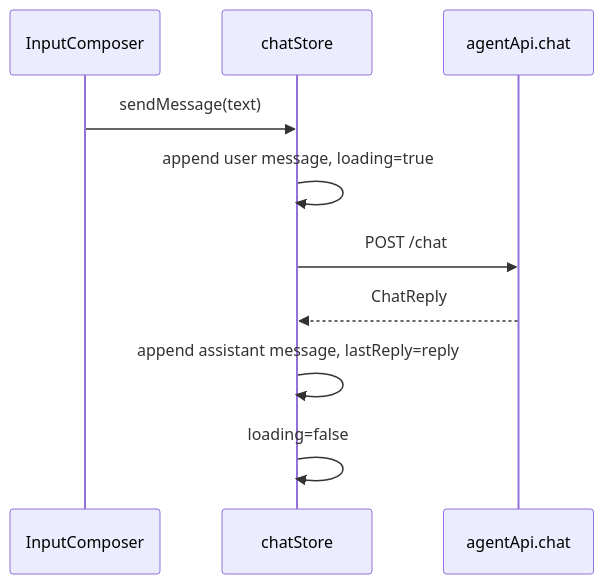
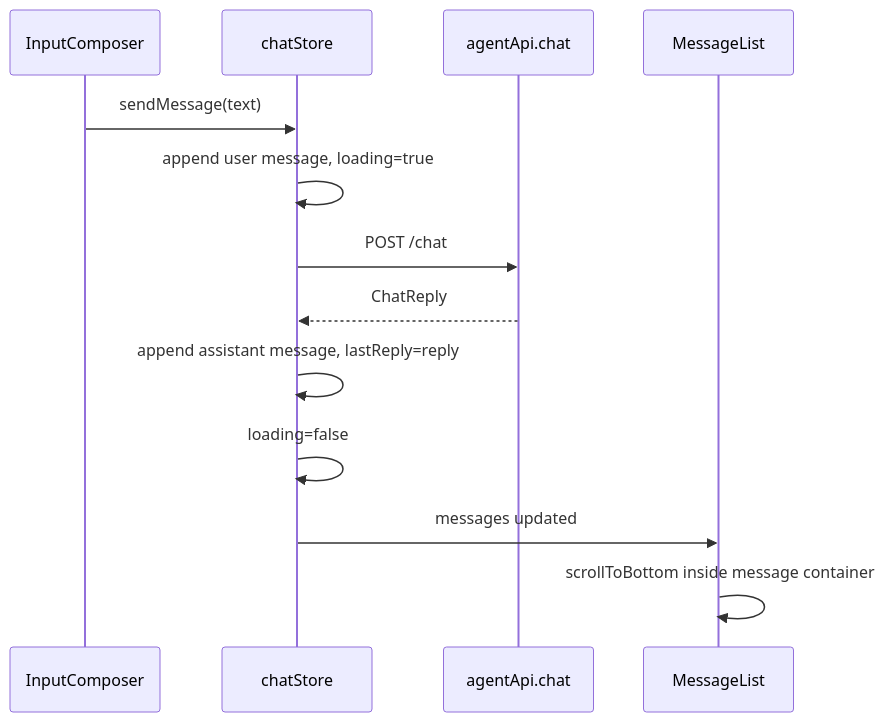
Before and after one commit to liyunyi-gif/Xiaomi-Shopping-Agent: the third of 3 diagrams in doc/前端技术架构文档.md, drawn with Mermaid. The commit also changed other lines of this file and 2 other files, not shown here.

````diff
--- a/doc/前端技术架构文档.md
+++ b/doc/前端技术架构文档.md
@@ -484,13 +684,16 @@
 ```mermaid
 sequenceDiagram
     participant UI as InputComposer
     participant Store as chatStore
     participant API as agentApi.chat
+    participant List as MessageList
 
     UI->>Store: sendMessage(text)
     Store->>Store: append user message, loading=true
     Store->>API: POST /chat
     API-->>Store: ChatReply
     Store->>Store: append assistant message, lastReply=reply
     Store->>Store: loading=false
+    Store->>List: messages updated
+    List->>List: scrollToBottom inside message container
 ```
````
